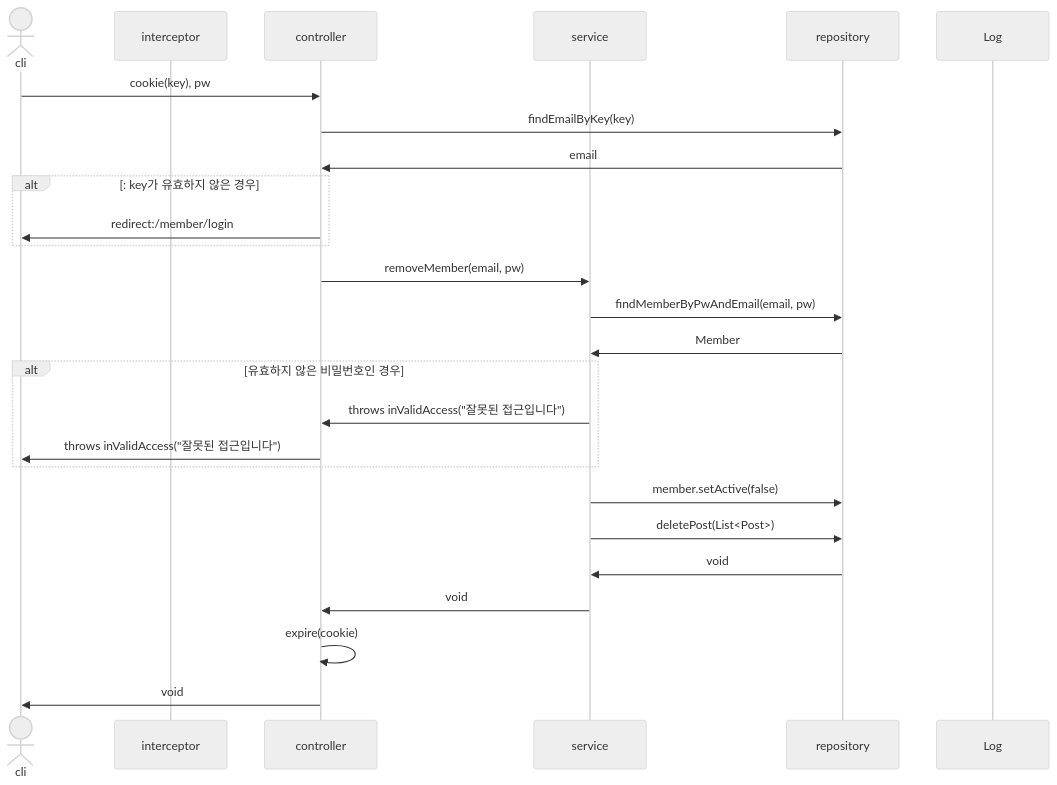
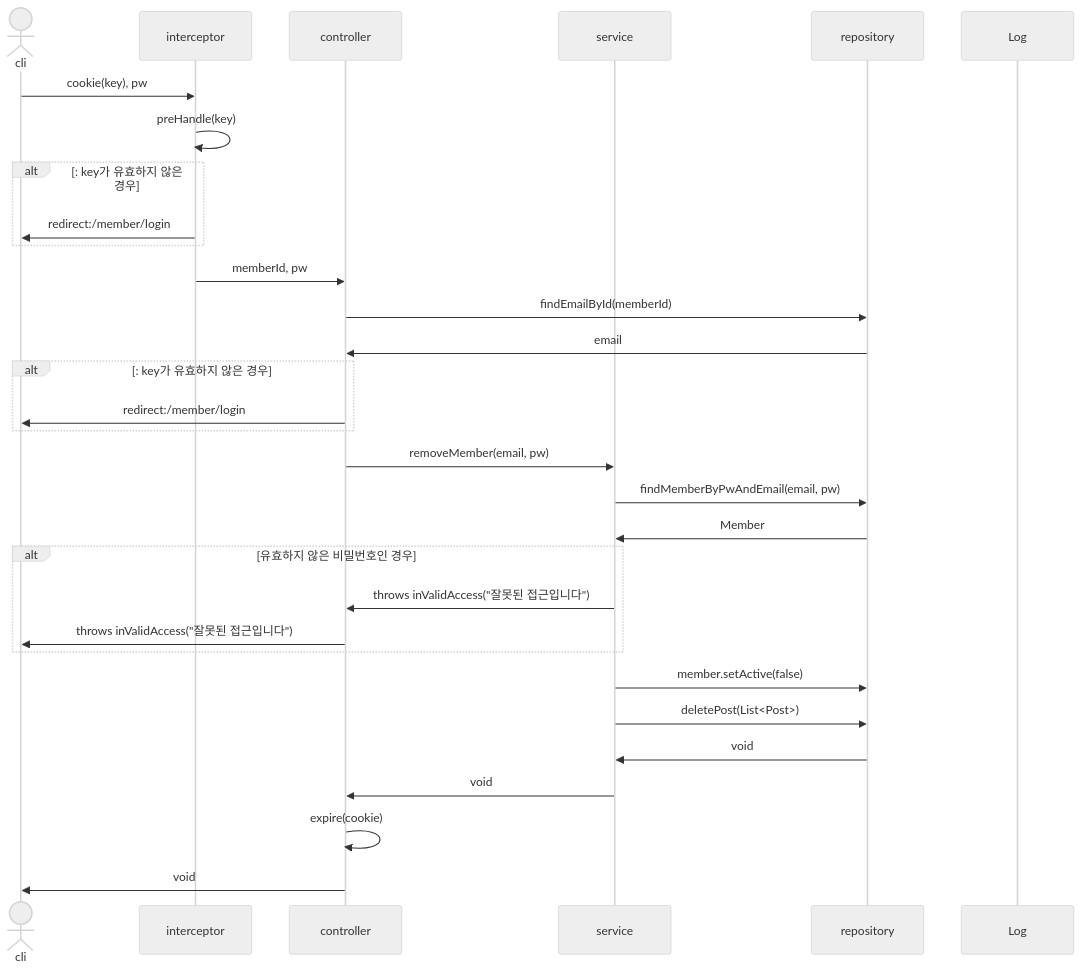
Before and after one commit to mtak0235/snsX: the fifth of 30 diagrams in sequence.md, drawn with Mermaid (neutral theme). The commit also changed other lines of this file, not shown here.

````diff
--- a/sequence.md
+++ b/sequence.md
@@ -127,29 +127,34 @@
 ```mermaid
 sequenceDiagram
 actor cli
 participant i as interceptor
 participant c as controller
 participant s as service
 participant r as repository
 participant l as Log
 
-cli->>c: cookie(key), pw
-c->>r: findEmailByKey(key)
+cli->>i: cookie(key), pw
+i->>i: preHandle(key)
+alt: key가 유효하지 않은 경우
+i->>cli: redirect:/member/login
+end
+i->>c: memberId, pw
+c->>r: findEmailById(memberId)
 r->>c: email
 alt: key가 유효하지 않은 경우
 c->>cli: redirect:/member/login
 end
 c->>s: removeMember(email, pw)
 s->>r: findMemberByPwAndEmail(email, pw)
 r->>s: Member
 alt 유효하지 않은 비밀번호인 경우
 s->>c: throws inValidAccess("잘못된 접근입니다")
 c->>cli: throws inValidAccess("잘못된 접근입니다")
 end
 s->>r: member.setActive(false)
 s->>r: deletePost(List<Post>)
 r->>s: void
 s->>c: void
 c->>c: expire(cookie)
 c->>cli: void
 ```
````
